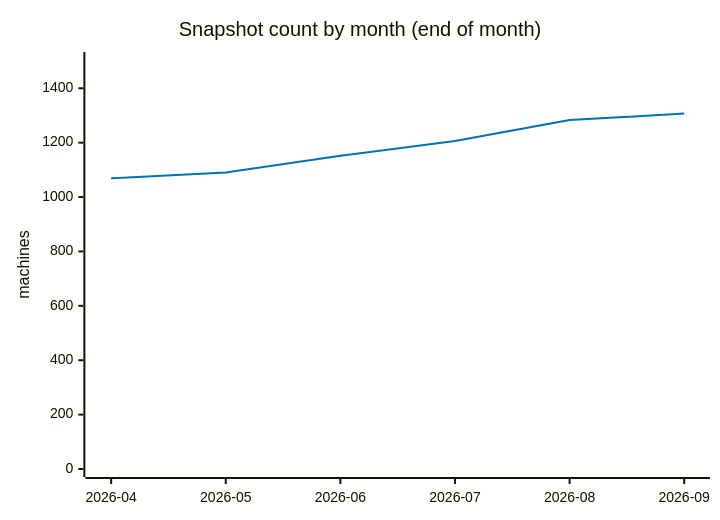
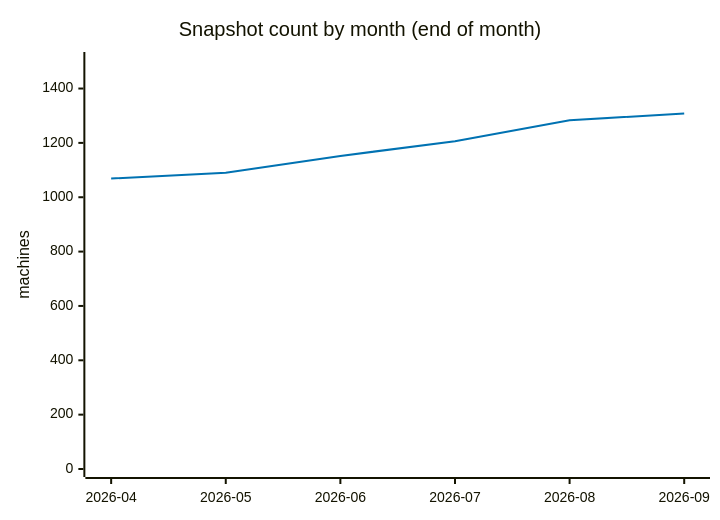
Before and after one commit to cheeaun/returnright-data: the sixth of 7 diagrams in ANALYSIS.md, drawn with Mermaid. The commit also changed other lines of this file and 3 other files, not shown here.

````diff
--- a/ANALYSIS.md
+++ b/ANALYSIS.md
@@ -292,13 +291,13 @@
 ```mermaid
 ---
 config:
   themeVariables:
     xyChart:
       plotColorPalette: "#0072B2"
 ---
 xychart-beta
     title "Snapshot count by month (end of month)"
     x-axis ["2026-04", "2026-05", "2026-06", "2026-07", "2026-08", "2026-09"]
-    y-axis "machines" 0 --> 1504
-    line [1069, 1090, 1152, 1206, 1283, 1307]
+    y-axis "machines" 0 --> 1505
+    line [1069, 1090, 1152, 1206, 1283, 1308]
 ```
````
